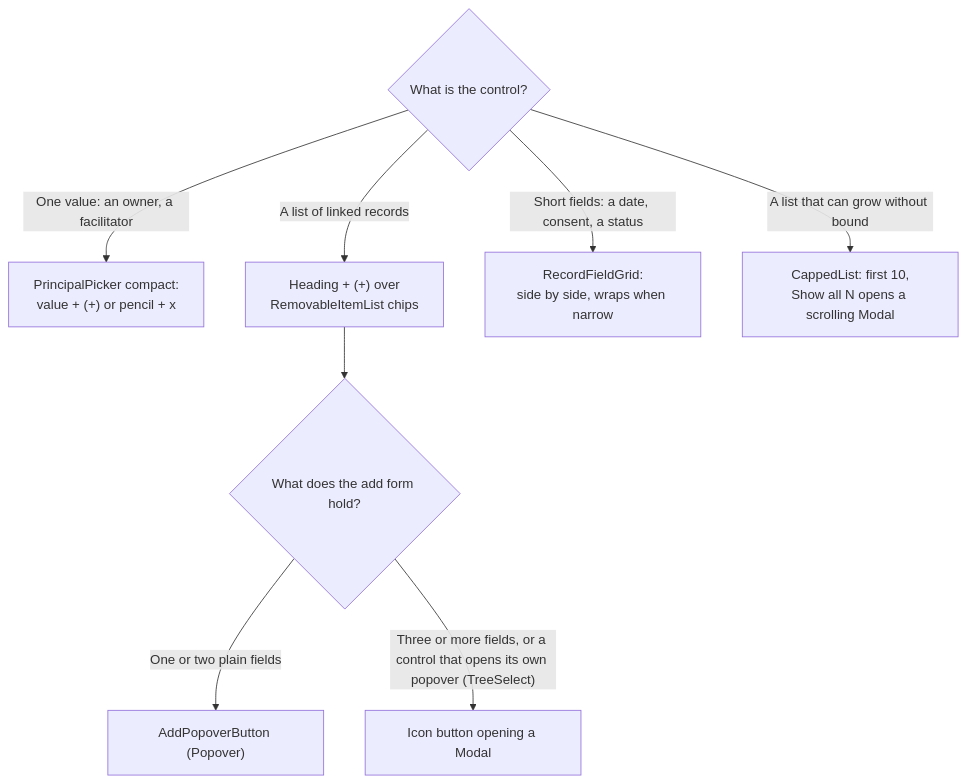
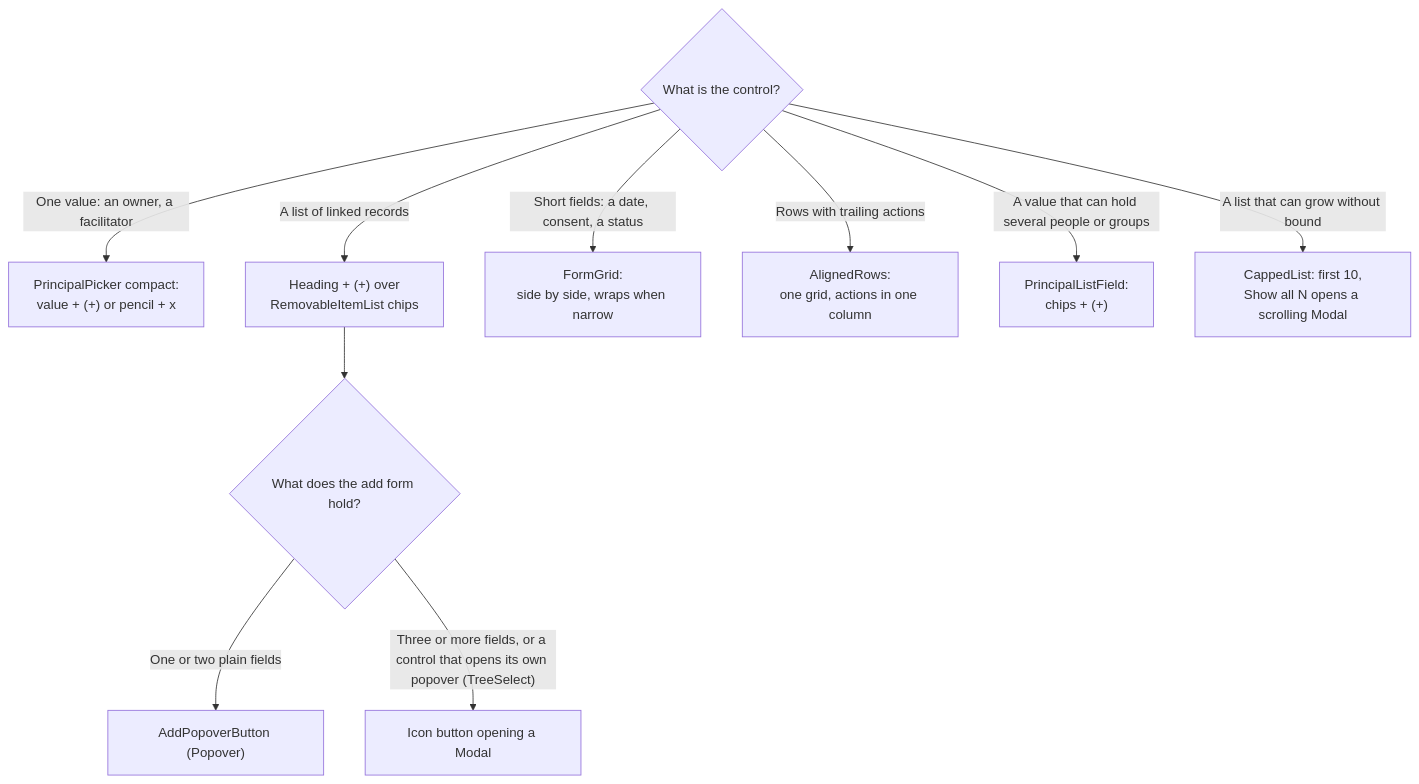
One commit to ballardr/reqtrackmanager changed diagram 18 of 18 in docs/ux-style-guide.md. Above: the diagram before and after it, drawn with Mermaid. The commit also changed other lines of this file and 41 other files, not shown here.

````diff
--- a/docs/ux-style-guide.md
+++ b/docs/ux-style-guide.md
@@ -718,11 +718,13 @@
 ```mermaid
 flowchart TD
     Q{"What is the control?"}
     Q -->|"One value: an owner, a facilitator"| A["PrincipalPicker compact:<br/>value + (+) or pencil + x"]
     Q -->|"A list of linked records"| B["Heading + (+) over<br/>RemovableItemList chips"]
-    Q -->|"Short fields: a date, consent, a status"| C["RecordFieldGrid:<br/>side by side, wraps when narrow"]
+    Q -->|"Short fields: a date, consent, a status"| C["FormGrid:<br/>side by side, wraps when narrow"]
+    Q -->|"Rows with trailing actions"| H["AlignedRows:<br/>one grid, actions in one column"]
+    Q -->|"A value that can hold several people or groups"| I["PrincipalListField:<br/>chips + (+)"]
     Q -->|"A list that can grow without bound"| D["CappedList: first 10,<br/>Show all N opens a scrolling Modal"]
     B --> E{"What does the add form hold?"}
     E -->|"One or two plain fields"| F["AddPopoverButton (Popover)"]
     E -->|"Three or more fields, or a control that opens its own popover (TreeSelect)"| G["Icon button opening a Modal"]
 ```
````
